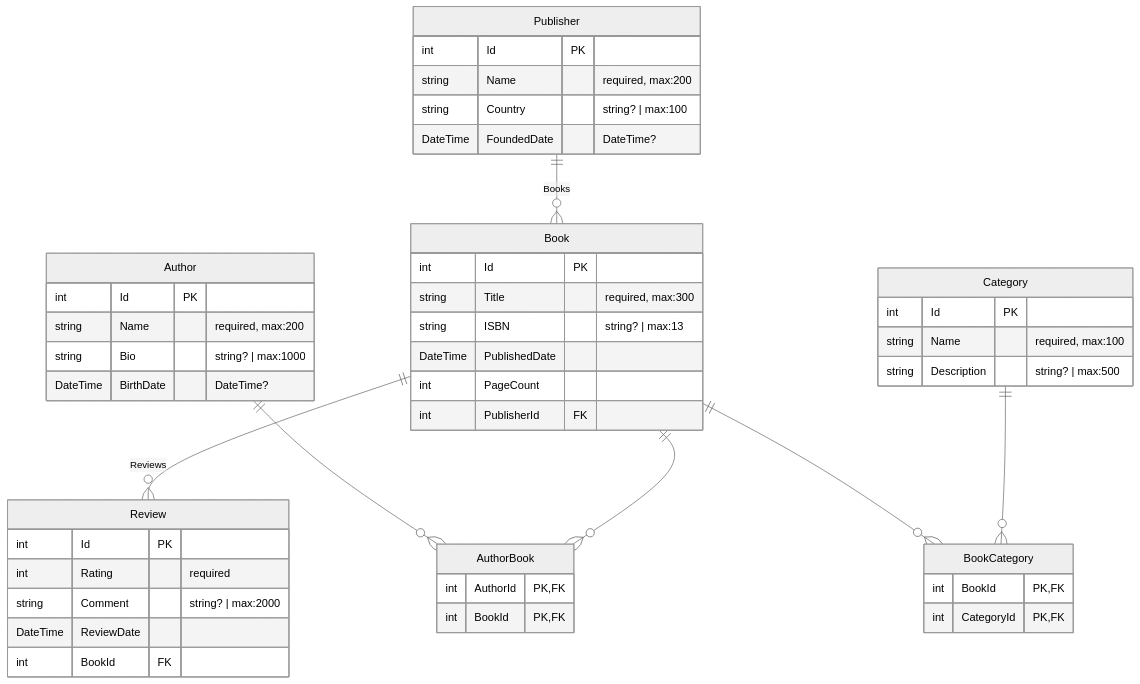
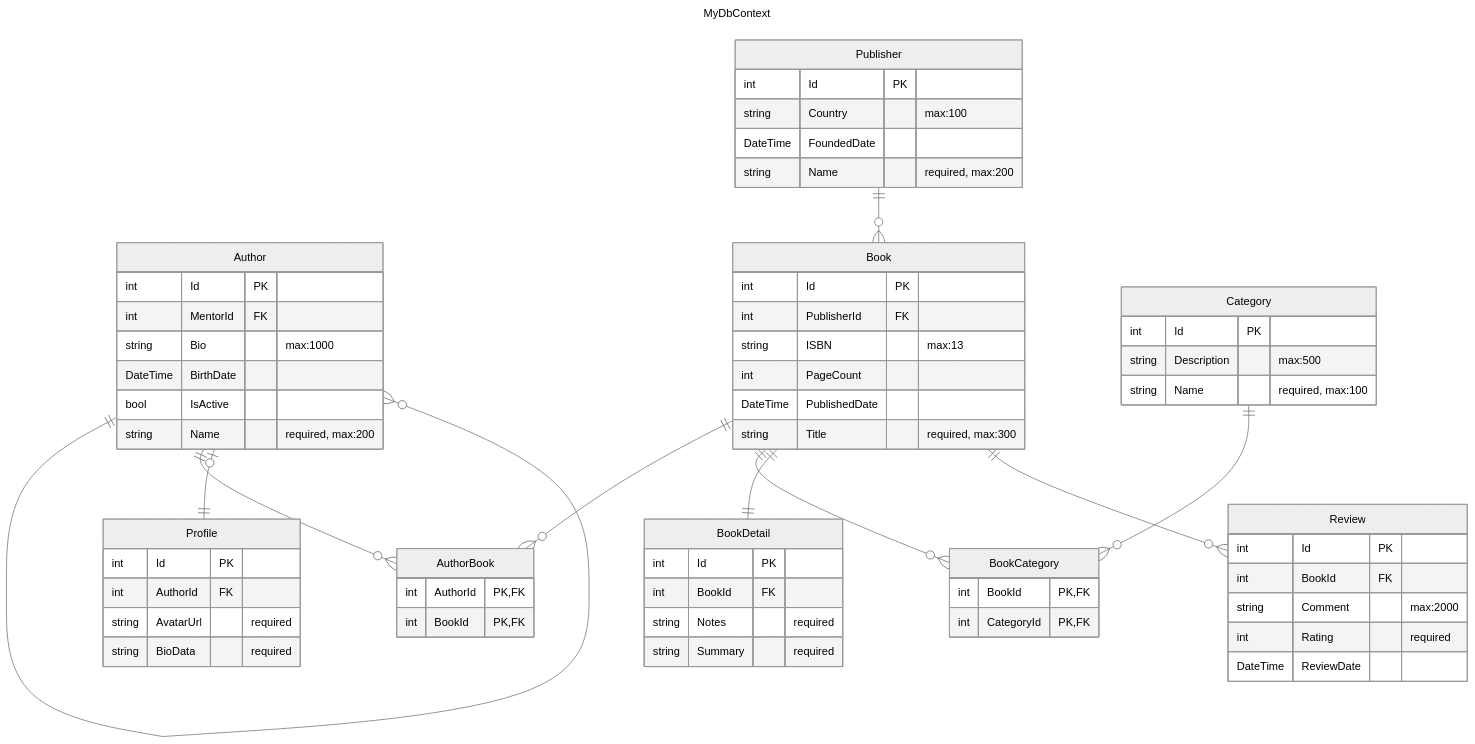
The diagram in samples/erd/simple-context/README.md (HandyS11/ProjGraph), drawn with Mermaid (neutral theme) before and after one commit. The commit also changed other lines of this file and 27 other files, not shown here.

Commit message:
Refacto/improve code quality (ERD) (#12)

````diff
--- a/samples/erd/simple-context/README.md
+++ b/samples/erd/simple-context/README.md
@@ -42,49 +43,69 @@
 ```mermaid
+---
+title: MyDbContext
+---
 erDiagram
-    Author {
-        int Id PK
-        string Name "required, max:200"
-        string Bio "string? | max:1000"
-        DateTime BirthDate "DateTime?"
-    }
-    Book {
-        int Id PK
-        string Title "required, max:300"
-        string ISBN "string? | max:13"
-        DateTime PublishedDate
-        int PageCount
-        int PublisherId FK
-    }
-    Category {
-        int Id PK
-        string Name "required, max:100"
-        string Description "string? | max:500"
-    }
-    Publisher {
-        int Id PK
-        string Name "required, max:200"
-        string Country "string? | max:100"
-        DateTime FoundedDate "DateTime?"
-    }
-    Review {
-        int Id PK
-        int Rating "required"
-        string Comment "string? | max:2000"
-        DateTime ReviewDate
-        int BookId FK
-    }
-    AuthorBook {
-        int AuthorId PK,FK
-        int BookId PK,FK
-    }
-    BookCategory {
-        int BookId PK,FK
-        int CategoryId PK,FK
-    }
-    Publisher ||--o{ Book : "Books"
-    Book ||--o{ Review : "Reviews"
-    Author ||--o{ AuthorBook : ""
-    Book ||--o{ AuthorBook : ""
-    Book ||--o{ BookCategory : ""
-    Category ||--o{ BookCategory : ""
+  Author {
+    int Id PK
+    int MentorId FK
+    string Bio "max:1000"
+    DateTime BirthDate
+    bool IsActive
+    string Name "required, max:200"
+  }
+  AuthorBook {
+    int AuthorId PK,FK
+    int BookId PK,FK
+  }
+  Book {
+    int Id PK
+    int PublisherId FK
+    string ISBN "max:13"
+    int PageCount
+    DateTime PublishedDate
+    string Title "required, max:300"
+  }
+  BookCategory {
+    int BookId PK,FK
+    int CategoryId PK,FK
+  }
+  BookDetail {
+    int Id PK
+    int BookId FK
+    string Notes "required"
+    string Summary "required"
+  }
+  Category {
+    int Id PK
+    string Description "max:500"
+    string Name "required, max:100"
+  }
+  Profile {
+    int Id PK
+    int AuthorId FK
+    string AvatarUrl "required"
+    string BioData "required"
+  }
+  Publisher {
+    int Id PK
+    string Country "max:100"
+    DateTime FoundedDate
+    string Name "required, max:200"
+  }
+  Review {
+    int Id PK
+    int BookId FK
+    string Comment "max:2000"
+    int Rating "required"
+    DateTime ReviewDate
+  }
+  Author ||--o{ Author : ""
+  Author ||--o{ AuthorBook : ""
+  Author |o--|| Profile : ""
+  Book ||--o{ AuthorBook : ""
+  Book ||--o{ BookCategory : ""
+  Book ||--|| BookDetail : ""
+  Book ||--o{ Review : ""
+  Category ||--o{ BookCategory : ""
+  Publisher ||--o{ Book : ""
 ```
````
